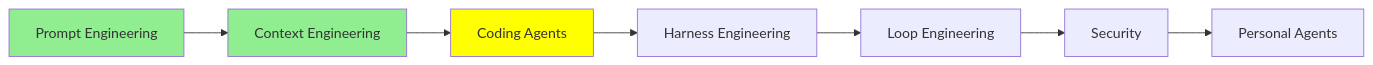
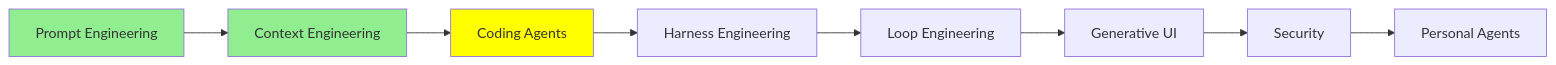
Before and after one commit to lokumai/ai-engineering-bazaar: the diagram in mini-courses/2_intermediate/coding_agents.md, drawn with Mermaid. The commit also changed 99 other files, not shown here.

````diff
--- a/mini-courses/2_intermediate/coding_agents.md
+++ b/mini-courses/2_intermediate/coding_agents.md
@@ -197,12 +197,13 @@
 ```mermaid
 graph LR
     A[Prompt Engineering] --> B[Context Engineering]
     B --> C[Coding Agents]
     C --> D[Harness Engineering]
     D --> E[Loop Engineering]
-    E --> F[Security]
-    F --> G[Personal Agents]
+    E --> F[Generative UI]
+    F --> G[Security]
+    G --> H[Personal Agents]
     style A fill:#90EE90
     style B fill:#90EE90
     style C fill:#FFFF00
 ```
````
